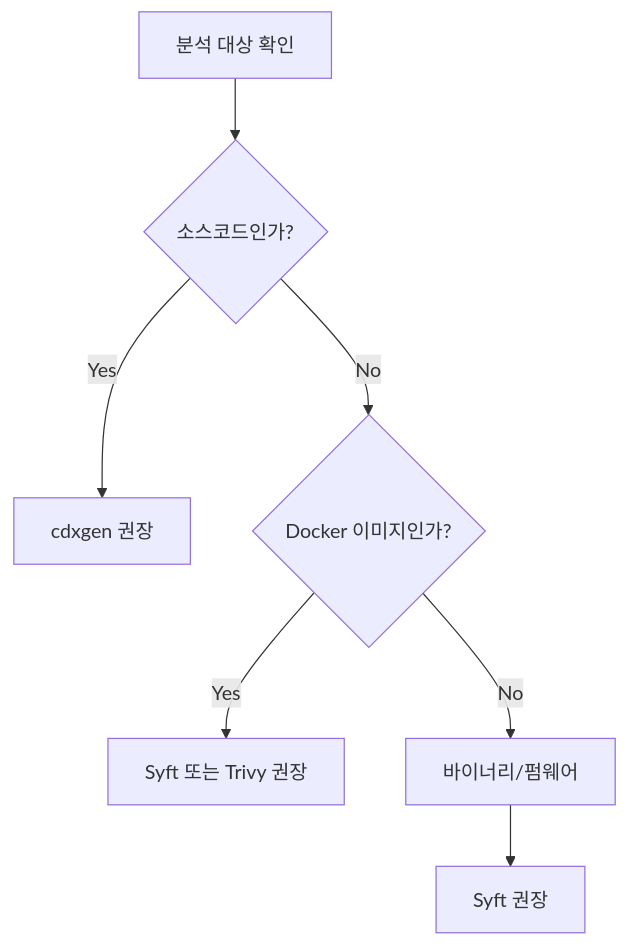
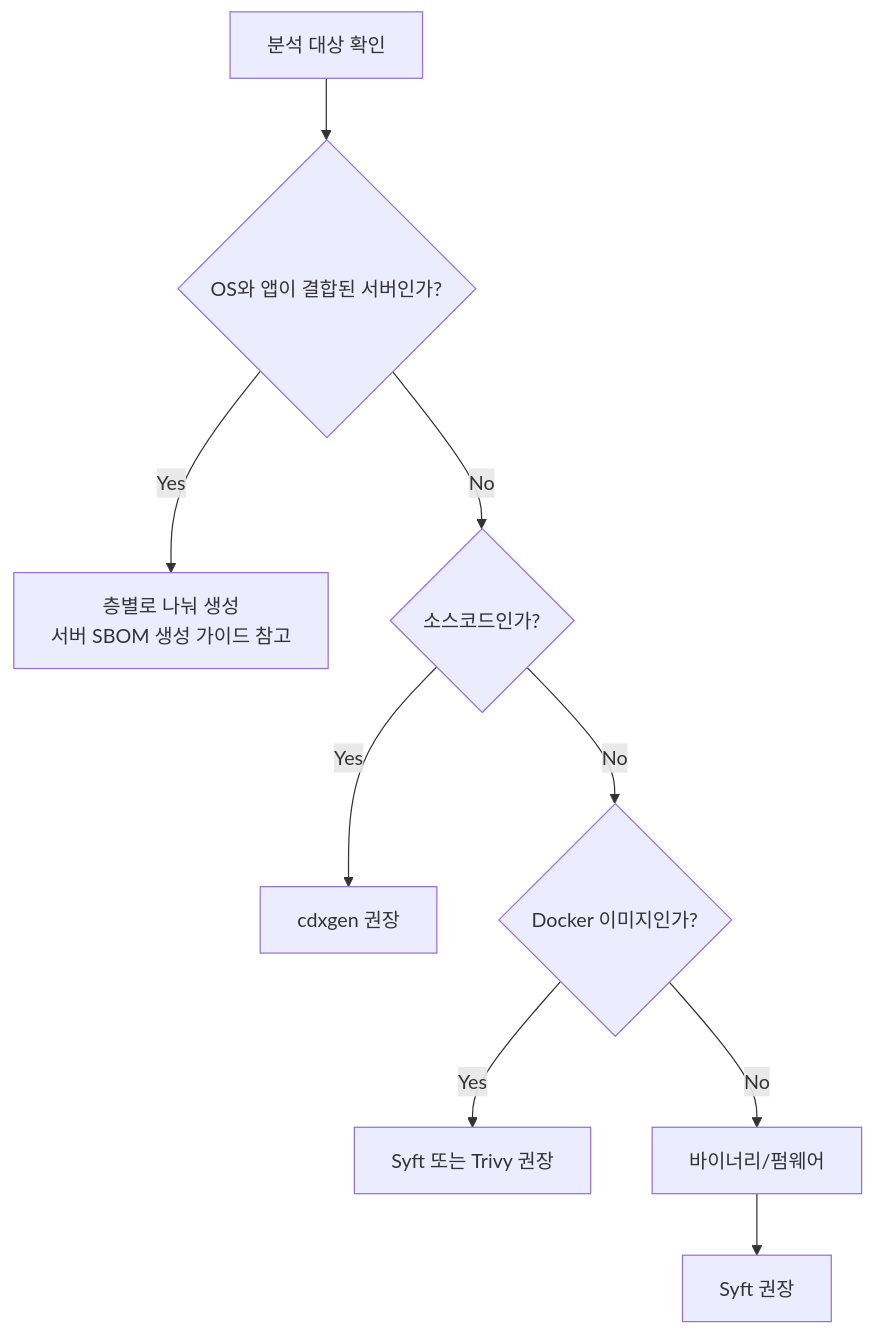
Before and after one commit to sktelecom/sktelecom.github.io: the diagram in content/ko/guide/supply-chain/for-suppliers/creation-guide/_index.md, drawn with Mermaid. The commit also changed other lines of this file and 3 other files, not shown here.

First line of the commit message:
docs(supply-chain): model static-link as a blind spot; add server branch to the tool diagram (#230)

````diff
--- a/content/ko/guide/supply-chain/for-suppliers/creation-guide/_index.md
+++ b/content/ko/guide/supply-chain/for-suppliers/creation-guide/_index.md
@@ -16,9 +16,11 @@
 ```mermaid
 graph TD
-    A[분석 대상 확인] --> B{소스코드인가?}
+    A[분석 대상 확인] --> S{OS와 앱이 결합된 서버인가?}
+    S -- Yes --> T[층별로 나눠 생성<br>서버 SBOM 생성 가이드 참고]
+    S -- No --> B{소스코드인가?}
     B -- Yes --> C[cdxgen 권장]
     B -- No --> D{Docker 이미지인가?}
     D -- Yes --> E[Syft 또는 Trivy 권장]
     D -- No --> F[바이너리/펌웨어]
     F --> G[Syft 권장]
 ```
````
